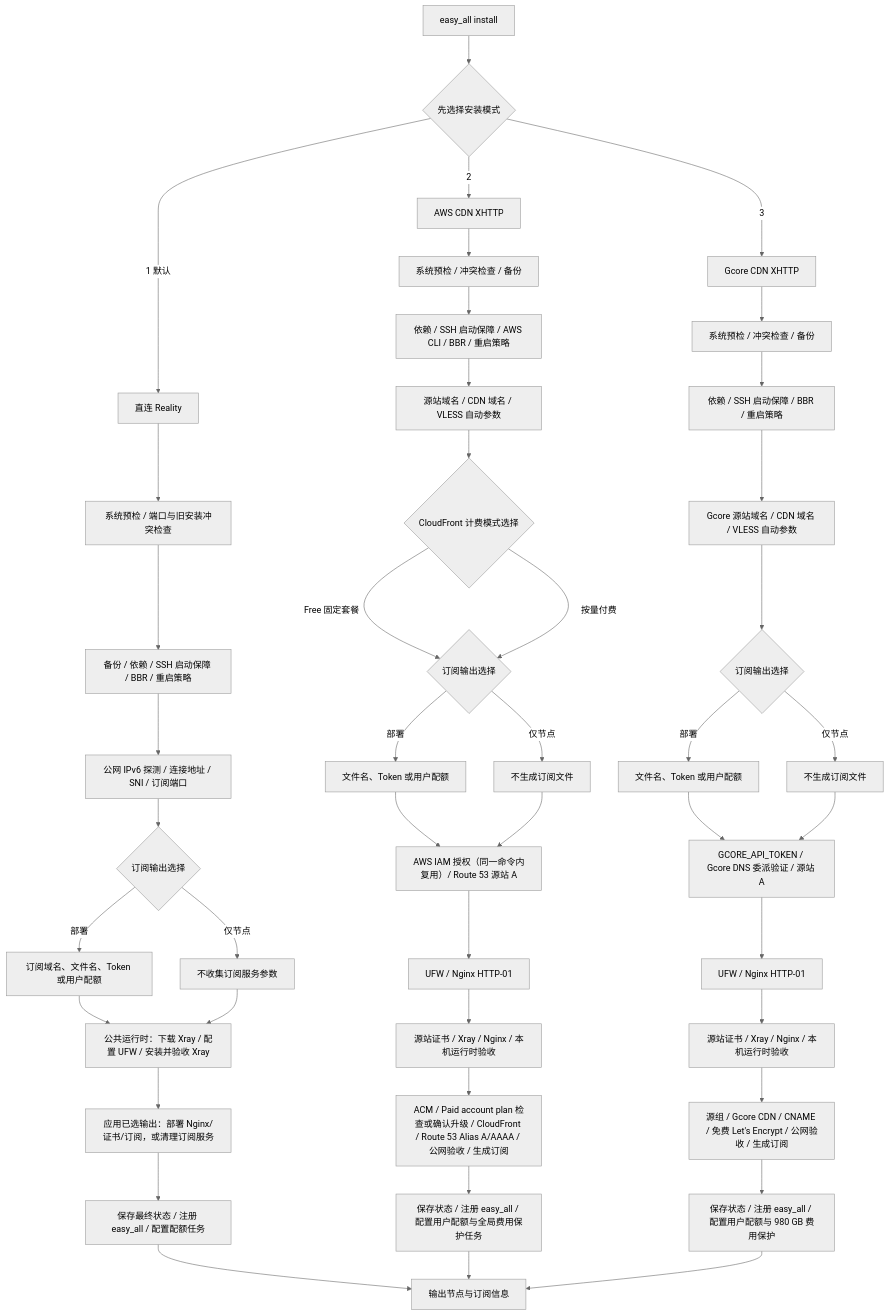
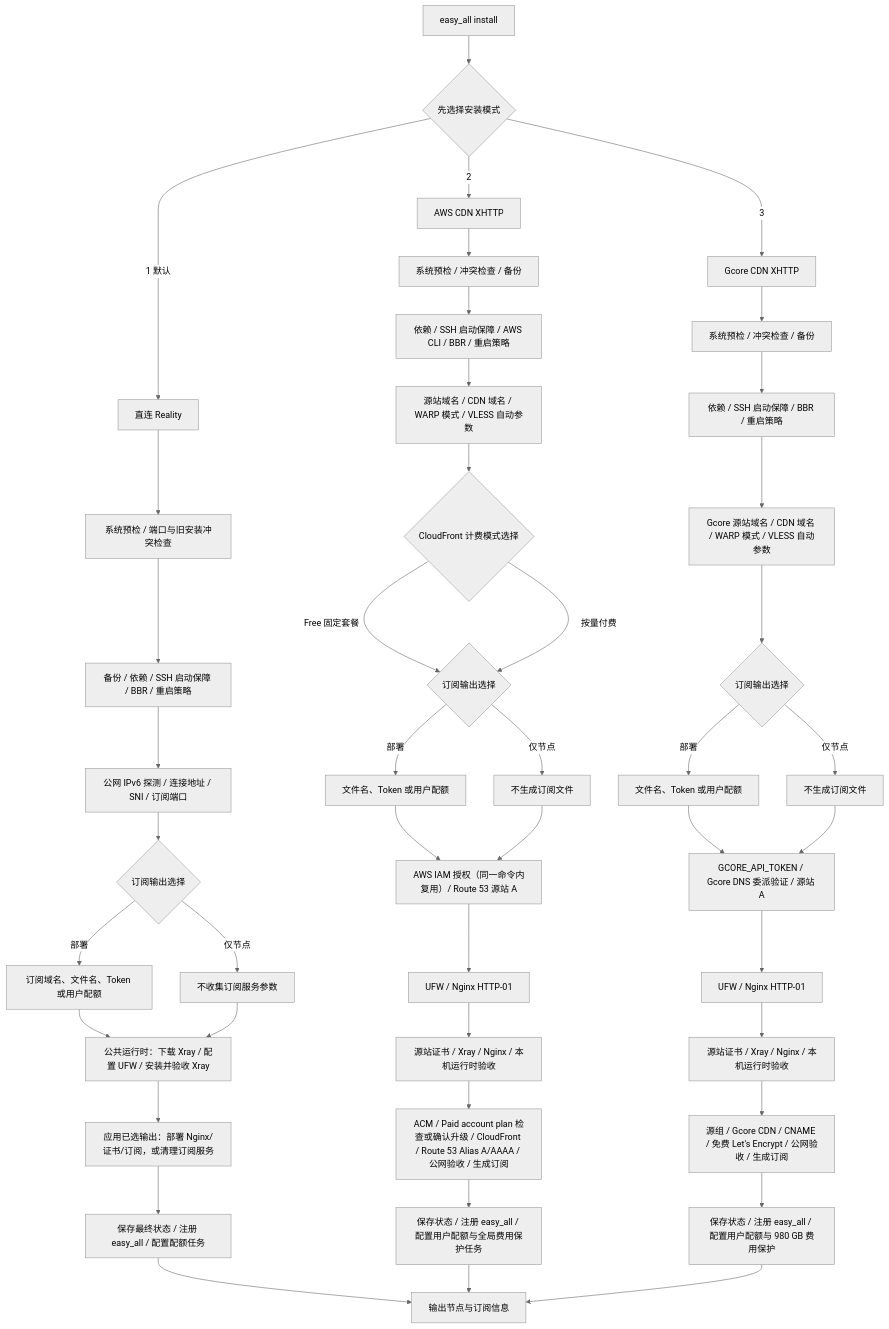
Before and after one commit to v2yiz/easy_all: the diagram in README.md, drawn with Mermaid (neutral theme). The commit also changed other lines of this file and 19 other files, not shown here.

````diff
--- a/README.md
+++ b/README.md
@@ -74,49 +78,49 @@
 ```mermaid
 flowchart TD
     A[easy_all install] --> B{先选择安装模式}
 
     B -->|1 默认| R0[直连 Reality]
     R0 --> R1[系统预检 / 端口与旧安装冲突检查]
     R1 --> R2[备份 / 依赖 / SSH 启动保障 / BBR / 重启策略]
     R2 --> R3[公网 IPv6 探测 / 连接地址 / SNI / 订阅端口]
     R3 --> R4{订阅输出选择}
     R4 -->|部署| R5[订阅域名、文件名、Token 或用户配额]
     R4 -->|仅节点| R6[不收集订阅服务参数]
     R5 --> R7[公共运行时：下载 Xray / 配置 UFW / 安装并验收 Xray]
     R6 --> R7
     R7 --> R8[应用已选输出：部署 Nginx/证书/订阅，或清理订阅服务]
     R8 --> R9[保存最终状态 / 注册 easy_all / 配置配额任务]
     R9 --> Z[输出节点与订阅信息]
 
     B -->|2| X0[AWS CDN XHTTP]
     X0 --> X1[系统预检 / 冲突检查 / 备份]
     X1 --> X2[依赖 / SSH 启动保障 / AWS CLI / BBR / 重启策略]
-    X2 --> X3[源站域名 / CDN 域名 / VLESS 自动参数]
+    X2 --> X3[源站域名 / CDN 域名 / WARP 模式 / VLESS 自动参数]
     X3 --> X3A{CloudFront 计费模式选择}
     X3A -->|Free 固定套餐| X4{订阅输出选择}
     X3A -->|按量付费| X4
     X4 -->|部署| X5[文件名、Token 或用户配额]
     X4 -->|仅节点| X6[不生成订阅文件]
     X5 --> X7[AWS IAM 授权（同一命令内复用）/ Route 53 源站 A]
     X6 --> X7
     X7 --> X8[UFW / Nginx HTTP-01]
     X8 --> X9[源站证书 / Xray / Nginx / 本机运行时验收]
     X9 --> X10[ACM / Paid account plan 检查或确认升级 / CloudFront / Route 53 Alias A/AAAA / 公网验收 / 生成订阅]
     X10 --> X11[保存状态 / 注册 easy_all / 配置用户配额与全局费用保护任务]
     X11 --> Z
 
     B -->|3| G0[Gcore CDN XHTTP]
     G0 --> G1[系统预检 / 冲突检查 / 备份]
     G1 --> G2[依赖 / SSH 启动保障 / BBR / 重启策略]
-    G2 --> G3[Gcore 源站域名 / CDN 域名 / VLESS 自动参数]
+    G2 --> G3[Gcore 源站域名 / CDN 域名 / WARP 模式 / VLESS 自动参数]
     G3 --> G4{订阅输出选择}
     G4 -->|部署| G5[文件名、Token 或用户配额]
     G4 -->|仅节点| G6[不生成订阅文件]
     G5 --> G7[GCORE_API_TOKEN / Gcore DNS 委派验证 / 源站 A]
     G6 --> G7
     G7 --> G8[UFW / Nginx HTTP-01]
     G8 --> G9[源站证书 / Xray / Nginx / 本机运行时验收]
     G9 --> G10[源组 / Gcore CDN / CNAME / 免费 Let's Encrypt / 公网验收 / 生成订阅]
     G10 --> G11[保存状态 / 注册 easy_all / 配置用户配额与 980 GB 费用保护]
     G11 --> Z
 ```
````
